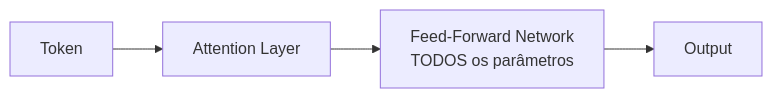
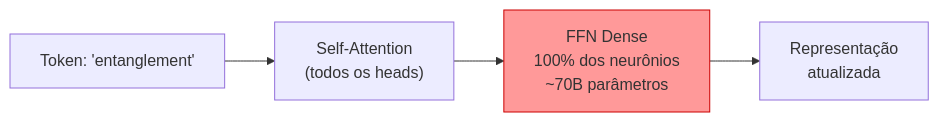
Before and after one commit to josenaldo/codex-technomanticus: the first of 4 diagrams in 03-Dominios/Tecnologia/IA/Anatomia dos LLMs/09 - Dense vs Mixture-of-Experts.md, drawn with Mermaid. The commit also changed other lines of this file and 4 other files, not shown here.

````diff
--- a/03-Dominios/Tecnologia/IA/Anatomia dos LLMs/09 - Dense vs Mixture-of-Experts.md
+++ b/03-Dominios/Tecnologia/IA/Anatomia dos LLMs/09 - Dense vs Mixture-of-Experts.md
@@ -47,6 +57,7 @@
 ```mermaid
 graph LR
-    A[Token] --> B[Attention Layer]
-    B --> C[Feed-Forward Network<br>TODOS os parâmetros]
-    C --> D[Output]
+    A["Token: 'entanglement'"] --> B["Self-Attention\n(todos os heads)"]
+    B --> C["FFN Dense\n100% dos neurônios\n~70B parâmetros"]
+    C --> D["Representação\natualizada"]
+    style C fill:#ff9999,stroke:#cc0000
 ```
````
